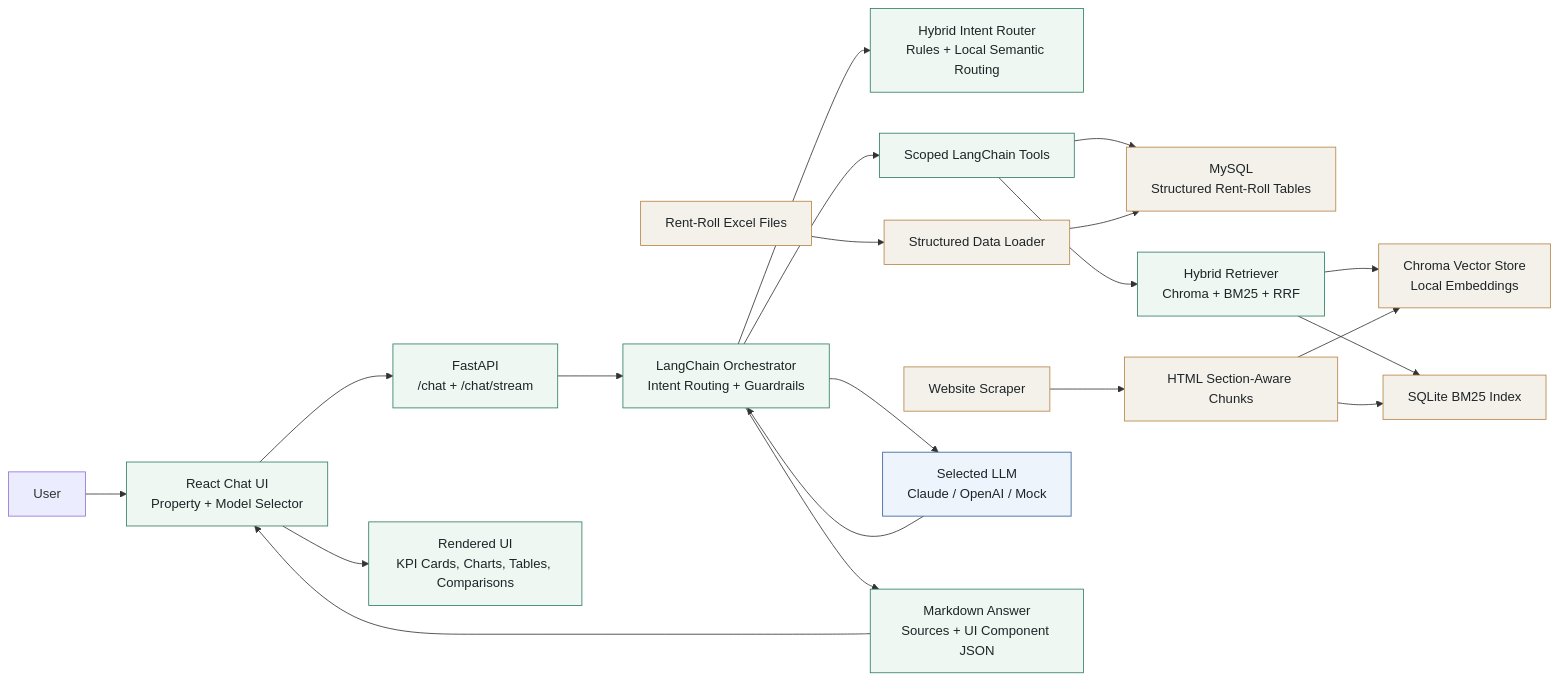
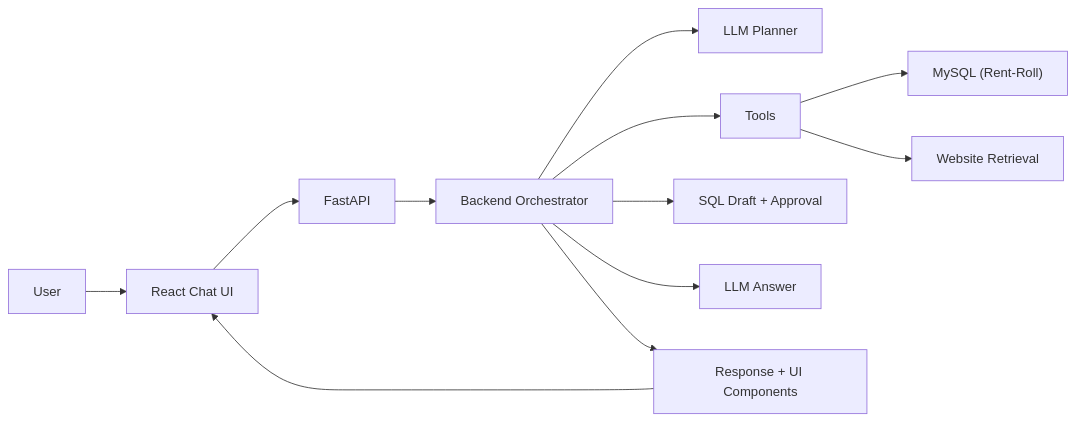
Before and after one commit to nanda1045/Property_Chatbot: the diagram in README.md, drawn with Mermaid. The commit also changed other lines of this file and 4 other files, not shown here.

Commit message:
Refine planner routing and docs

````diff
--- a/README.md
+++ b/README.md
@@ -161,37 +197,14 @@
 ```mermaid
 flowchart LR
-    User["User"] --> UI["React Chat UI<br/>Property + Model Selector"]
-    UI --> API["FastAPI<br/>/chat + /chat/stream"]
-
-    API --> Orchestrator["LangChain Orchestrator<br/>Intent Routing + Guardrails"]
-    Orchestrator --> Router["Hybrid Intent Router<br/>Rules + Local Semantic Routing"]
-
-    Orchestrator --> Tools["Scoped LangChain Tools"]
-    Tools --> MySQL["MySQL<br/>Structured Rent-Roll Tables"]
-    Tools --> Retriever["Hybrid Retriever<br/>Chroma + BM25 + RRF"]
-
-    Retriever --> Chroma["Chroma Vector Store<br/>Local Embeddings"]
-    Retriever --> BM25["SQLite BM25 Index"]
-
-    Scraper["Website Scraper"] --> Chunks["HTML Section-Aware Chunks"]
-    Chunks --> Chroma
-    Chunks --> BM25
-
-    Excel["Rent-Roll Excel Files"] --> Loader["Structured Data Loader"]
-    Loader --> MySQL
-
-    Orchestrator --> LLM["Selected LLM<br/>Claude / OpenAI / Mock"]
-    LLM --> Orchestrator
-
-    Orchestrator --> Response["Markdown Answer<br/>Sources + UI Component JSON"]
-    Response --> UI
-    UI --> Components["Rendered UI<br/>KPI Cards, Charts, Tables, Comparisons"]
-
-    classDef app fill:#eef7f1,stroke:#2f7d64,color:#1e2528;
-    classDef data fill:#f4f1ea,stroke:#b68445,color:#1e2528;
-    classDef llm fill:#eef4fb,stroke:#315f9c,color:#1e2528;
-
-    class UI,API,Orchestrator,Router,Tools,Retriever,Response,Components app;
-    class MySQL,Chroma,BM25,Scraper,Chunks,Excel,Loader data;
-    class LLM llm;
+  User["User"] --> UI["React Chat UI"]
+  UI --> API["FastAPI"]
+  API --> Orchestrator["Backend Orchestrator"]
+  Orchestrator --> Planner["LLM Planner"]
+  Orchestrator --> Tools["Tools"]
+  Tools --> MySQL["MySQL (Rent-Roll)"]
+  Tools --> Retrieval["Website Retrieval"]
+  Orchestrator --> SQLApproval["SQL Draft + Approval"]
+  Orchestrator --> LLM["LLM Answer"]
+  Orchestrator --> Response["Response + UI Components"]
+  Response --> UI
 ```
````
